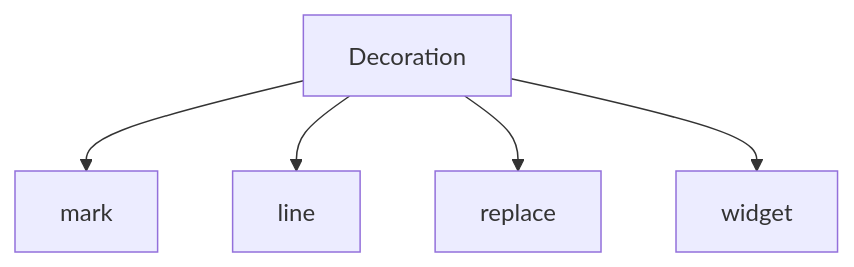
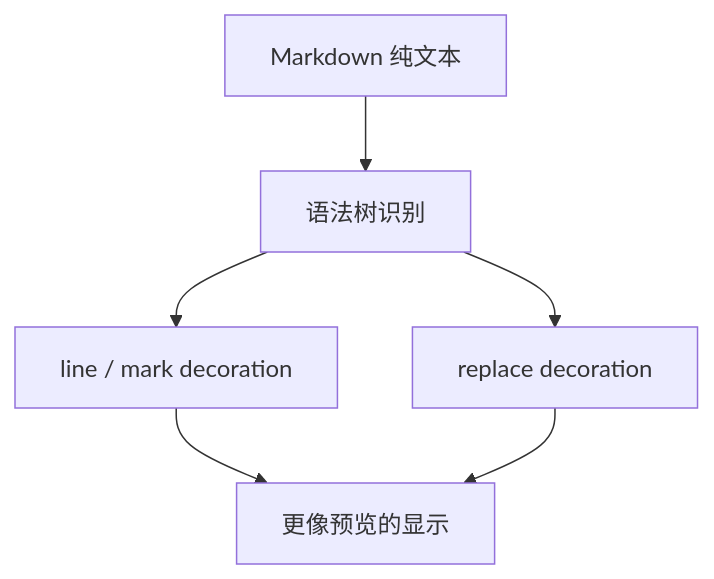
One commit to swarm-apps/SwarmNote changed the first of 2 diagrams in dev-notes/cm6-from-0-to-1/05-用-Decoration-和-Widget-做出最小-Live-Preview.md. Above: the diagram before and after it, drawn with Mermaid. The commit also changed other lines of this file and 9 other files, not shown here.

````diff
--- a/dev-notes/cm6-from-0-to-1/05-用-Decoration-和-Widget-做出最小-Live-Preview.md
+++ b/dev-notes/cm6-from-0-to-1/05-用-Decoration-和-Widget-做出最小-Live-Preview.md
@@ -29,7 +23,8 @@
 ```mermaid
 graph TD
-    A[Decoration] --> B[mark]
-    A --> C[line]
-    A --> D[replace]
-    A --> E[widget]
+    A[Markdown 纯文本] --> B[语法树识别]
+    B --> C1[line / mark decoration]
+    B --> C2[replace decoration]
+    C1 --> D[更像预览的显示]
+    C2 --> D
 ```
````
